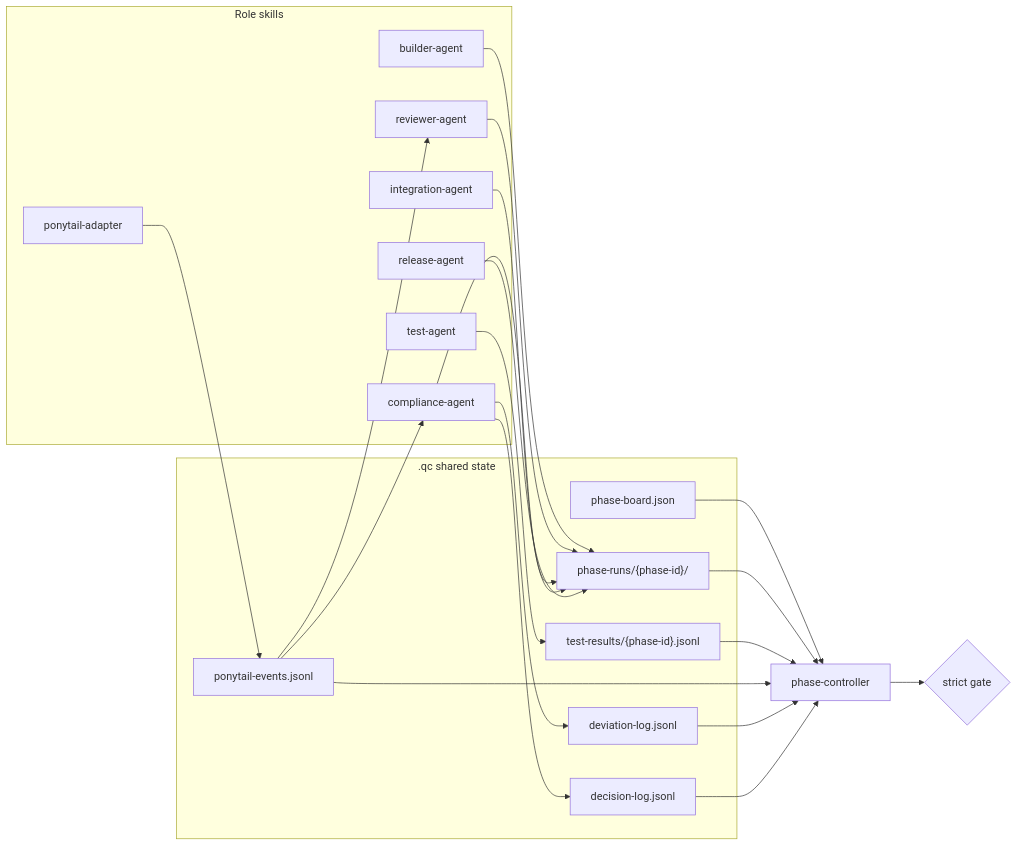
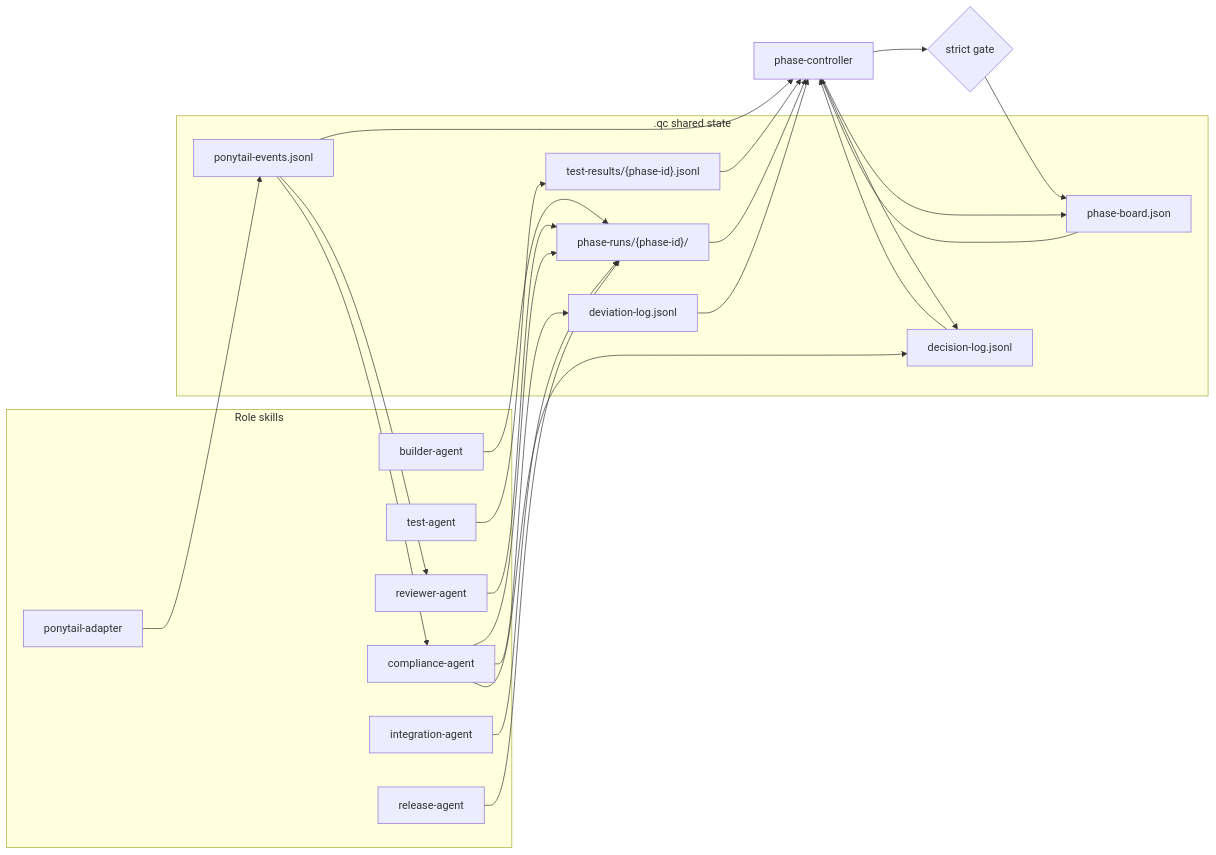
The third of 4 diagrams in projects/builder-team-qc/plugin/docs/orchestration-diagram.md (randy-aloop/everythingcodex), drawn with Mermaid before and after one commit. The commit also changed other lines of this file and 6 other files, not shown here.

````diff
--- a/projects/builder-team-qc/plugin/docs/orchestration-diagram.md
+++ b/projects/builder-team-qc/plugin/docs/orchestration-diagram.md
@@ -90,43 +102,46 @@
 ```mermaid
 flowchart LR
     subgraph ROLES["Role skills"]
         B["builder-agent"]
         PT["ponytail-adapter"]
         T["test-agent"]
         R["reviewer-agent"]
         C["compliance-agent"]
         I["integration-agent"]
         RA["release-agent"]
     end
 
     subgraph QC[".qc shared state"]
         BOARD["phase-board.json"]
         PHASE["phase-runs/{phase-id}/"]
         TESTS["test-results/{phase-id}.jsonl"]
         PONY["ponytail-events.jsonl"]
         DEV["deviation-log.jsonl"]
         DEC["decision-log.jsonl"]
     end
 
     B --> PHASE
     PT --> PONY
     T --> TESTS
     R --> PHASE
     C --> PHASE
     C --> DEV
     C --> DEC
     I --> PHASE
     RA --> PHASE
+    PC --> BOARD
+    PC --> DEC
 
     BOARD --> PC["phase-controller"]
     PHASE --> PC
     TESTS --> PC
     PONY --> PC
     DEV --> PC
     DEC --> PC
 
     PONY --> R
     PONY --> C
 
     PC --> G{"strict gate"}
+    G --> BOARD
 ```
````
